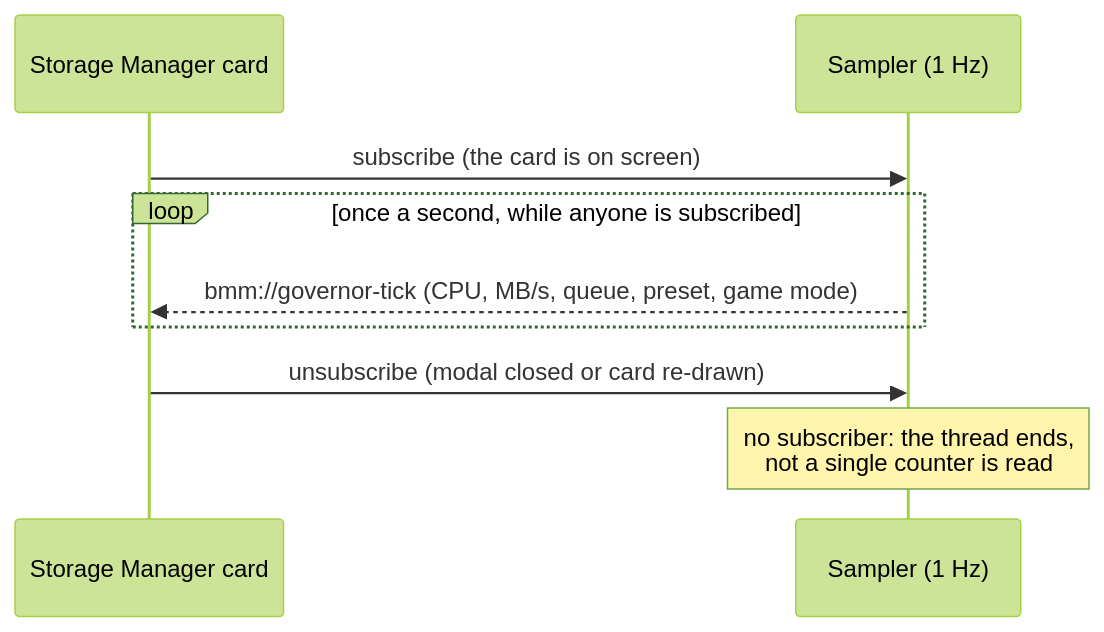
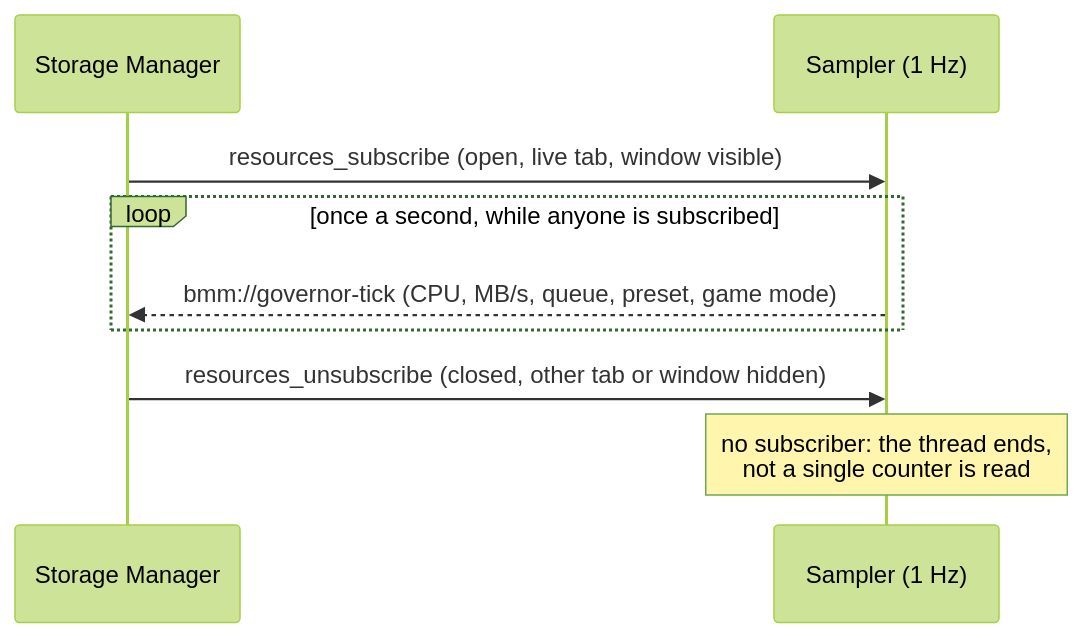
One commit to FreeProject089/BetterModsManager changed the seventh of 7 diagrams in frontend/assets/docs/en/how-it-works/resources.md. Above: the diagram before and after it, drawn with Mermaid (forest theme). The commit also changed other lines of this file and 176 other files, not shown here.

````diff
--- a/frontend/assets/docs/en/how-it-works/resources.md
+++ b/frontend/assets/docs/en/how-it-works/resources.md
@@ -364,11 +365,11 @@
 ```mermaid
 sequenceDiagram
-    participant UI as Storage Manager card
+    participant UI as Storage Manager
     participant S as Sampler (1 Hz)
-    UI->>S: subscribe (the card is on screen)
+    UI->>S: resources_subscribe (open, live tab, window visible)
     loop once a second, while anyone is subscribed
         S-->>UI: bmm://governor-tick (CPU, MB/s, queue, preset, game mode)
     end
-    UI->>S: unsubscribe (modal closed or card re-drawn)
+    UI->>S: resources_unsubscribe (closed, other tab or window hidden)
     Note over S: no subscriber: the thread ends,<br/>not a single counter is read
 ```
````
